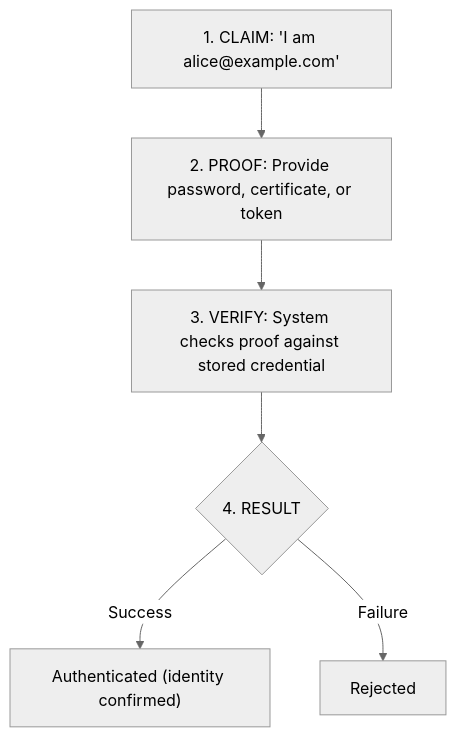
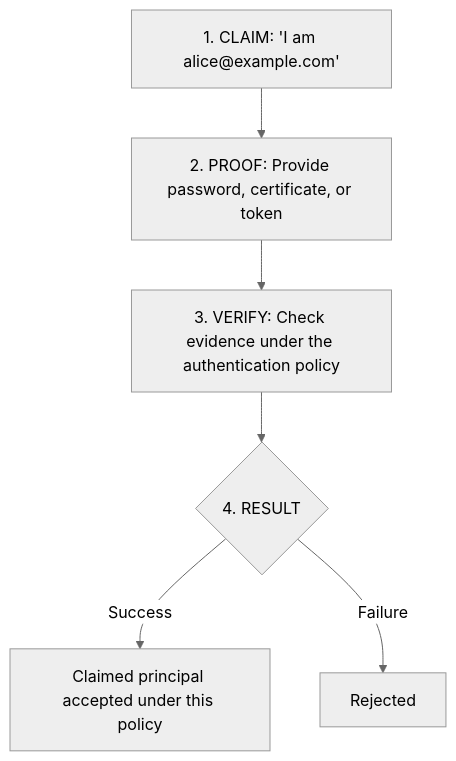
The first of 4 diagrams in src/content/docs/platform/foundations/security-principles/module-4.3-identity-and-access.md (kube-dojo/kube-dojo.github.io), drawn with Mermaid (neutral theme) before and after one commit. The commit also changed other lines of this file, not shown here.

Commit message:
content(iam): bound authentication evidence and containment (#3531)

````diff
--- a/src/content/docs/platform/foundations/security-principles/module-4.3-identity-and-access.md
+++ b/src/content/docs/platform/foundations/security-principles/module-4.3-identity-and-access.md
@@ -71,8 +73,8 @@
 ```mermaid
 flowchart TD
     A["1. CLAIM: 'I am alice@example.com'"] --> B["2. PROOF: Provide password, certificate, or token"]
-    B --> C["3. VERIFY: System checks proof against stored credential"]
+    B --> C["3. VERIFY: Check evidence under the authentication policy"]
     C --> D{"4. RESULT"}
-    D -->|Success| E["Authenticated (identity confirmed)"]
+    D -->|Success| E["Claimed principal accepted under this policy"]
     D -->|Failure| F["Rejected"]
 ```
````
